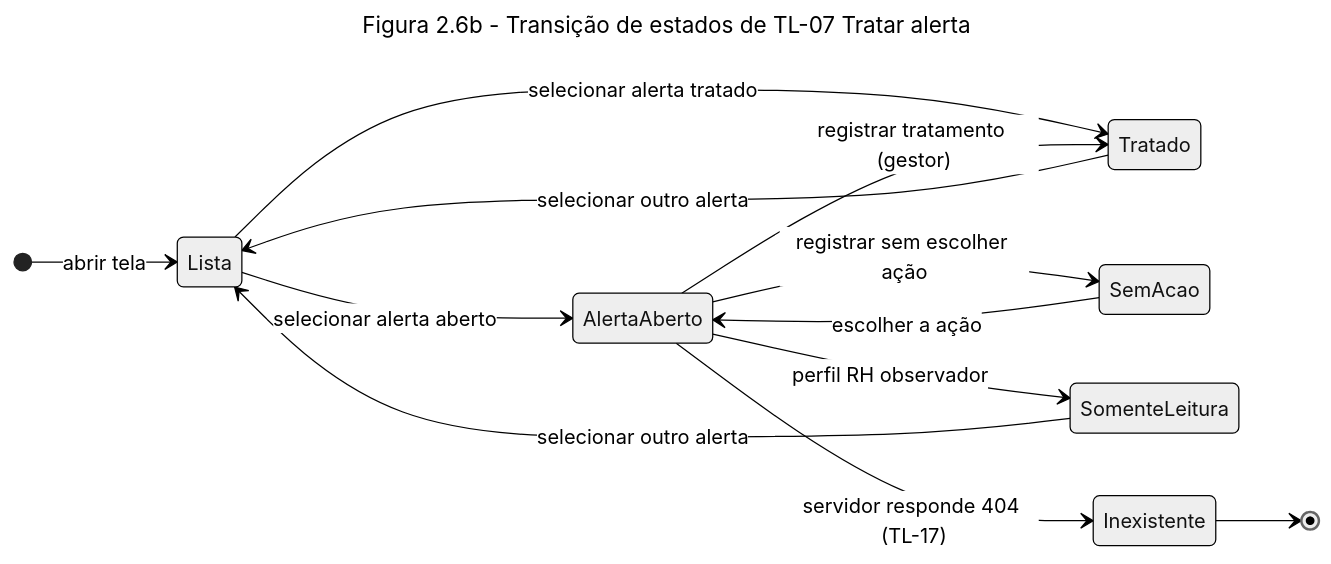
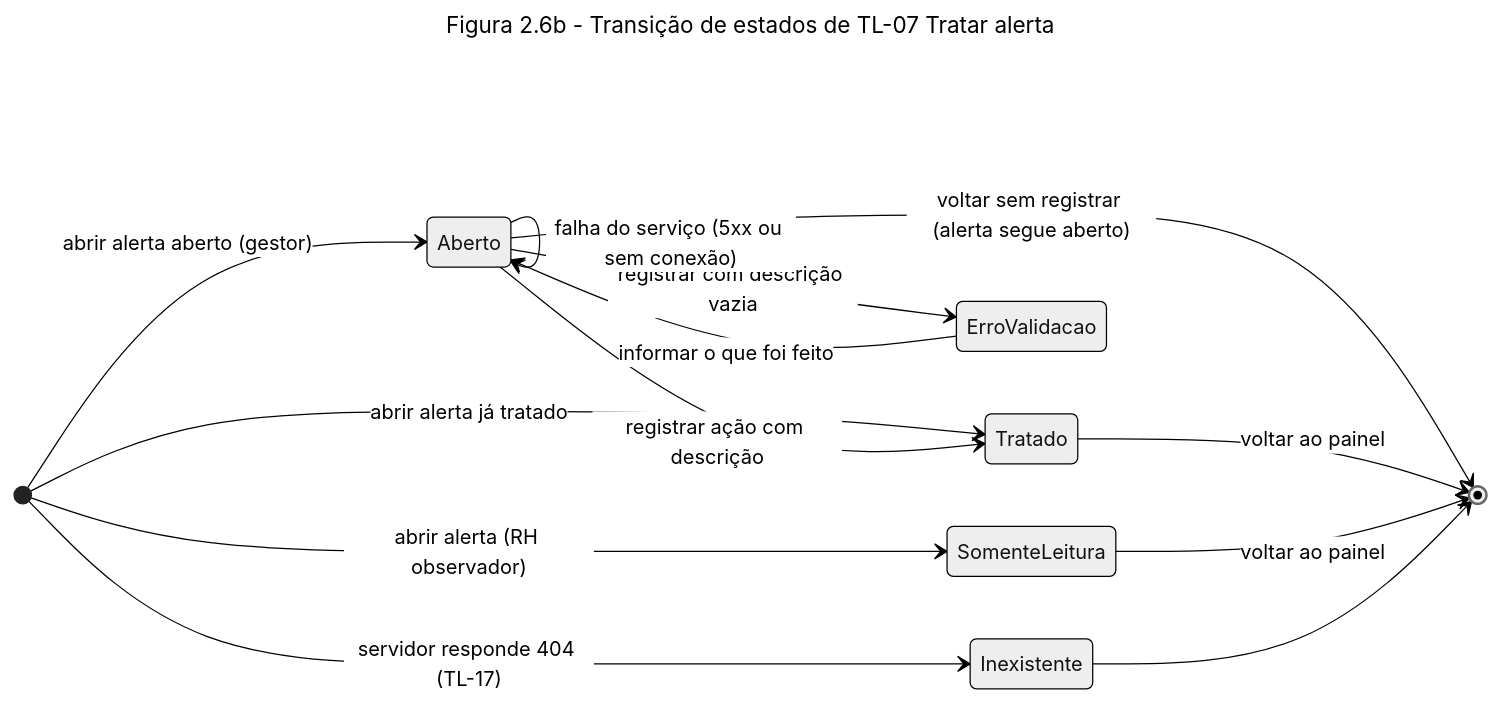
One commit to LucasRikelmi/aps-arquitetura changed the diagram in docs/diagramas/2.6-estados-TL07.mmd. Above: the diagram before and after it, drawn with Mermaid (neutral theme). The commit also changed 14 other files, not shown here.

```diff
--- a/docs/diagramas/2.6-estados-TL07.mmd
+++ b/docs/diagramas/2.6-estados-TL07.mmd
@@ -1,16 +1,17 @@
 ---
 title: Figura 2.6b - Transição de estados de TL-07 Tratar alerta
 ---
 stateDiagram-v2
     direction LR
-    [*] --> Lista: abrir tela
-    Lista --> AlertaAberto: selecionar alerta aberto
-    Lista --> Tratado: selecionar alerta tratado
-    AlertaAberto --> SemAcao: registrar sem escolher ação
-    SemAcao --> AlertaAberto: escolher a ação
-    AlertaAberto --> Tratado: registrar tratamento (gestor)
-    AlertaAberto --> SomenteLeitura: perfil RH observador
-    AlertaAberto --> Inexistente: servidor responde 404 (TL-17)
-    Tratado --> Lista: selecionar outro alerta
-    SomenteLeitura --> Lista: selecionar outro alerta
+    [*] --> Aberto: abrir alerta aberto (gestor)
+    [*] --> Tratado: abrir alerta já tratado
+    [*] --> SomenteLeitura: abrir alerta (RH observador)
+    [*] --> Inexistente: servidor responde 404 (TL-17)
+    Aberto --> ErroValidacao: registrar com descrição vazia
+    ErroValidacao --> Aberto: informar o que foi feito
+    Aberto --> Aberto: falha do serviço (5xx ou sem conexão)
+    Aberto --> Tratado: registrar ação com descrição
+    Aberto --> [*]: voltar sem registrar (alerta segue aberto)
+    Tratado --> [*]: voltar ao painel
+    SomenteLeitura --> [*]: voltar ao painel
     Inexistente --> [*]
```
